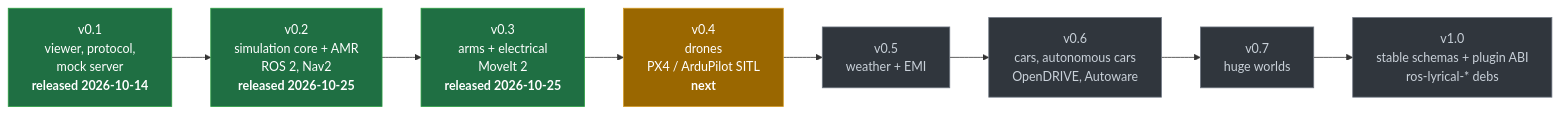
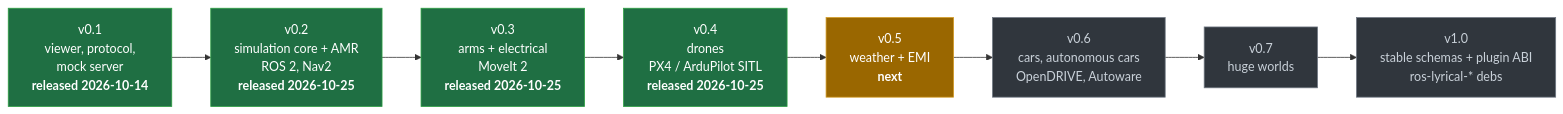
The first of 2 diagrams in docs/plan/progress.md (Open-Physical-Systems/Lagrange), drawn with Mermaid before and after one commit. The commit also changed other lines of this file and 40 other files, not shown here.

````diff
--- a/docs/plan/progress.md
+++ b/docs/plan/progress.md
@@ -7,16 +7,16 @@
 ```mermaid
 flowchart LR
     v01["v0.1<br/>viewer, protocol,<br/>mock server<br/><b>released 2026-10-14</b>"]:::done
     v02["v0.2<br/>simulation core + AMR<br/>ROS 2, Nav2<br/><b>released 2026-10-25</b>"]:::done
     v03["v0.3<br/>arms + electrical<br/>MoveIt 2<br/><b>released 2026-10-25</b>"]:::done
-    v04["v0.4<br/>drones<br/>PX4 / ArduPilot SITL<br/><b>next</b>"]:::now
-    v05["v0.5<br/>weather + EMI"]:::todo
+    v04["v0.4<br/>drones<br/>PX4 / ArduPilot SITL<br/><b>released 2026-10-25</b>"]:::done
+    v05["v0.5<br/>weather + EMI<br/><b>next</b>"]:::now
     v06["v0.6<br/>cars, autonomous cars<br/>OpenDRIVE, Autoware"]:::todo
     v07["v0.7<br/>huge worlds"]:::todo
     v10["v1.0<br/>stable schemas + plugin ABI<br/>ros-lyrical-* debs"]:::todo
     v01 --> v02 --> v03 --> v04 --> v05 --> v06 --> v07 --> v10
 
     classDef done fill:#1f6f43,stroke:#2ea043,color:#fff
     classDef now fill:#9a6700,stroke:#d29922,color:#fff
     classDef todo fill:#30363d,stroke:#6e7681,color:#c9d1d9
 ```
````
